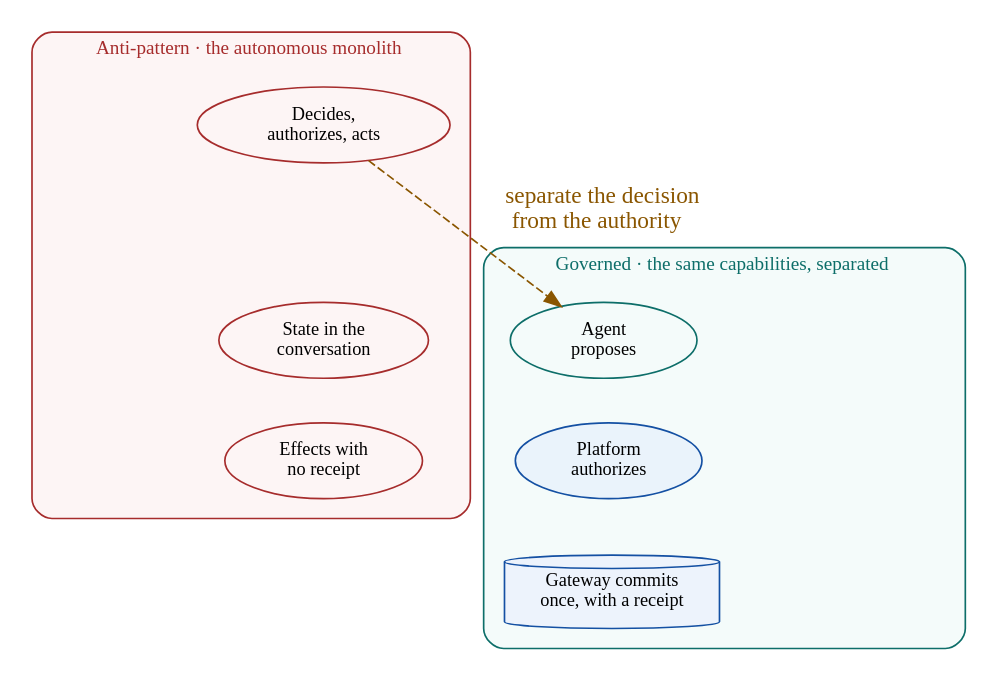
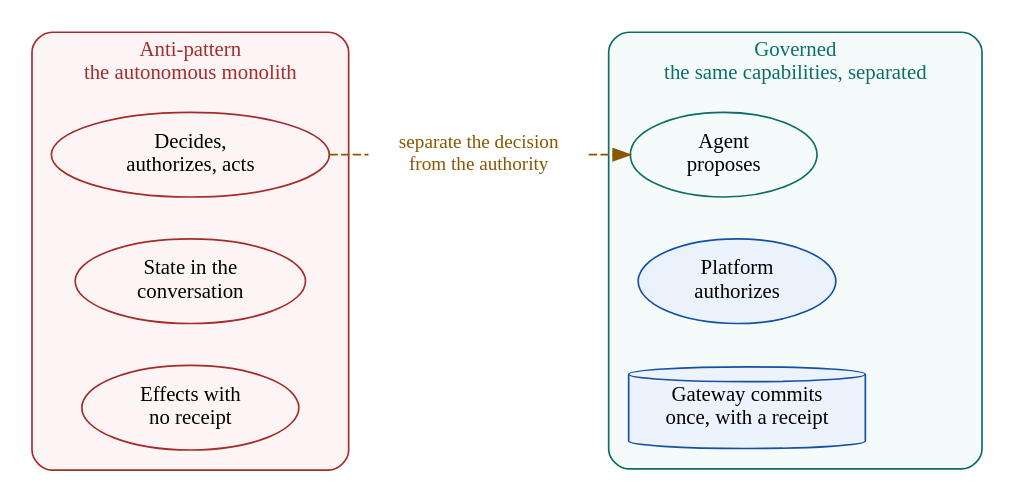
The diagram in assets/diagrams/src/anti-before-after.gv (rrahimi-uci/building-enterprise-general-intelligence), drawn with Graphviz before and after one commit. The commit also changed 84 other files, not shown here.

First line of the commit message:
Fix print-scale figure, cover, and table layout defects (pass 2, P2-C)

```diff
--- a/assets/diagrams/src/anti-before-after.gv
+++ b/assets/diagrams/src/anti-before-after.gv
@@ -1,26 +1,33 @@
 // Figure 17-1 — Autonomous monolith versus governed agentic architecture.
-// Message: the failure is a responsibility boundary, not a model choice. Stacked
-// rather than side by side so the same three concerns line up for comparison.
+// Message: the failure is a responsibility boundary, not a model choice. Side by
+// side, with the same three concerns on the same rows for comparison.
 digraph anti_before_after {
   rankdir = TB
-  graph [ranksep=0.35, nodesep=0.22]
-  node [width=1.55, fontsize=11]
+  graph [ranksep=0.35, nodesep=0.22, ordering=out]
+  node [width=1.55, fontsize=12.5]
 
   subgraph cluster_before {
-    label="  Anti-pattern · the autonomous monolith  "; labeljust="l"; fontsize=11.5; fontcolor="#A62C2C"
+    label="Anti-pattern\nthe autonomous monolith"; labeljust="c"; fontsize=12.5; fontcolor="#A62C2C"
     color="#A62C2C"; style="rounded"; margin=12; bgcolor="#FDF5F5"
     b1 [label="Decides,\nauthorizes, acts", fillcolor="#FCECEC", color="#A62C2C"]
     b2 [label="State in the\nconversation", fillcolor="#FCECEC", color="#A62C2C"]
     b3 [label="Effects with\nno receipt", fillcolor="#FCECEC", color="#A62C2C"]
     b1 -> b2 -> b3 [style=invis]
   }
+  sep [shape=plaintext, style="", label="separate the decision\nfrom the authority",
+       fontsize=11.5, fontcolor="#8A5600", margin="0.04,0.02"]
   subgraph cluster_after {
-    label="  Governed · the same capabilities, separated  "; labeljust="l"; fontsize=11.5; fontcolor="#0D6E69"
+    label="Governed\nthe same capabilities, separated"; labeljust="c"; fontsize=12.5; fontcolor="#0D6E69"
     color="#0D6E69"; style="rounded"; margin=12; bgcolor="#F4FBFA"
     a1 [label="Agent\nproposes", fillcolor="#E7F5F3", color="#0D6E69"]
     a2 [label="Platform\nauthorizes", fillcolor="#EAF3FB", color="#1450A3", style=filled]
     a3 [label="Gateway commits\nonce, with a receipt", fillcolor="#EDF3FC", color="#1450A3", shape=cylinder, style=filled]
     a1 -> a2 -> a3 [style=invis]
   }
-  b1 -> a1 [label="  separate the decision\n  from the authority  ", color="#8A5600", fontcolor="#8A5600", style=dashed]
+  // minlen=0 keeps the two clusters on the same ranks, so the three concerns
+  // line up row by row. As an ordinary edge it pushed the governed cluster
+  // down a rank and ran the arrow through that cluster's label. The label is
+  // a node between the clusters, so it never sits on the arrow.
+  b1 -> sep [color="#8A5600", style=dashed, arrowhead=none, minlen=0]
+  sep -> a1 [color="#8A5600", style=dashed, minlen=0]
 }
```
